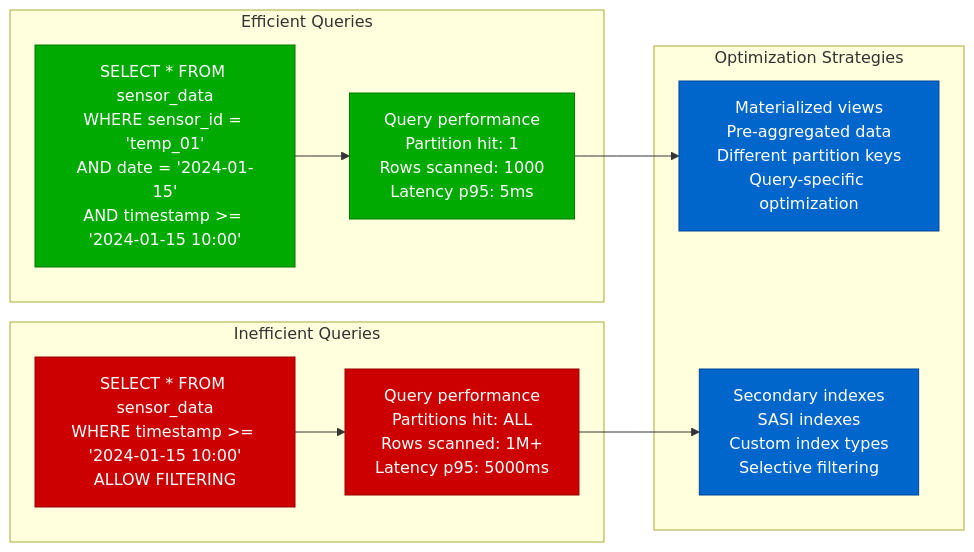
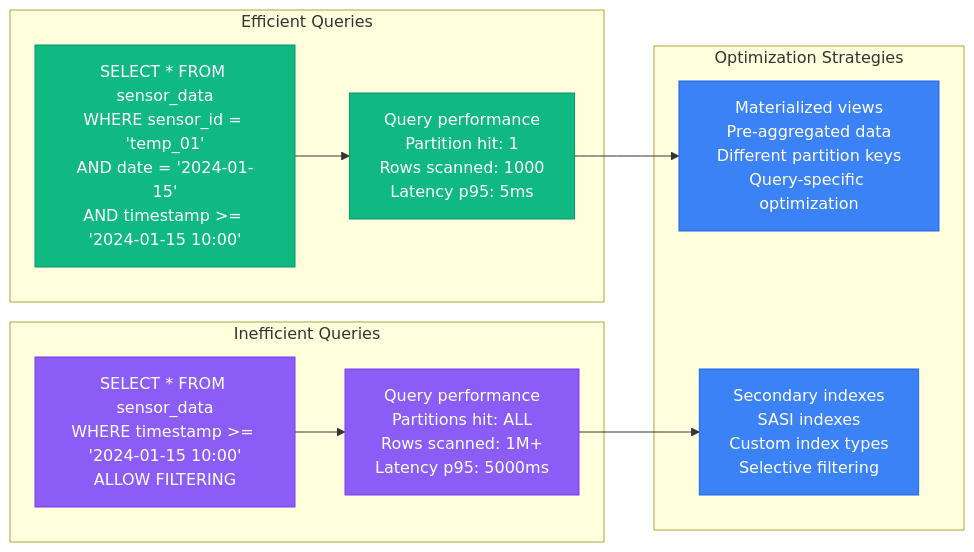
Diagram 11 of 14 in site/docs/performance/cassandra-performance-profile.md (deepaucksharma/DS), drawn with Mermaid before and after one commit. The commit also changed other lines of this file and 303 other files, not shown here.

````diff
--- a/site/docs/performance/cassandra-performance-profile.md
+++ b/site/docs/performance/cassandra-performance-profile.md
@@ -354,35 +354,35 @@
 ```mermaid
 graph LR
     subgraph "Efficient Queries"
         EQ1[SELECT * FROM sensor_data<br/>WHERE sensor_id = 'temp_01'<br/>AND date = '2024-01-15'<br/>AND timestamp >= '2024-01-15 10:00']
 
         EQ2[Query performance<br/>Partition hit: 1<br/>Rows scanned: 1000<br/>Latency p95: 5ms]
 
         EQ1 --> EQ2
     end
 
     subgraph "Inefficient Queries"
         IQ1[SELECT * FROM sensor_data<br/>WHERE timestamp >= '2024-01-15 10:00'<br/>ALLOW FILTERING]
 
         IQ2[Query performance<br/>Partitions hit: ALL<br/>Rows scanned: 1M+<br/>Latency p95: 5000ms]
 
         IQ1 --> IQ2
     end
 
     subgraph "Optimization Strategies"
         OS1[Materialized views<br/>Pre-aggregated data<br/>Different partition keys<br/>Query-specific optimization]
 
         OS2[Secondary indexes<br/>SASI indexes<br/>Custom index types<br/>Selective filtering]
 
         EQ2 --> OS1
         IQ2 --> OS2
     end
 
-    classDef efficientStyle fill:#00AA00,stroke:#007700,color:#fff
-    classDef inefficientStyle fill:#CC0000,stroke:#990000,color:#fff
-    classDef optimizationStyle fill:#0066CC,stroke:#004499,color:#fff
+    classDef efficientStyle fill:#10B981,stroke:#059669,color:#fff
+    classDef inefficientStyle fill:#8B5CF6,stroke:#7C3AED,color:#fff
+    classDef optimizationStyle fill:#3B82F6,stroke:#2563EB,color:#fff
 
     class EQ1,EQ2 efficientStyle
     class IQ1,IQ2 inefficientStyle
     class OS1,OS2 optimizationStyle
 ```
````
